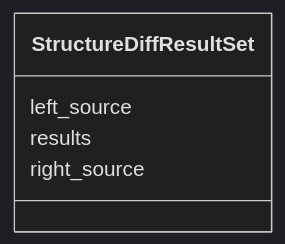
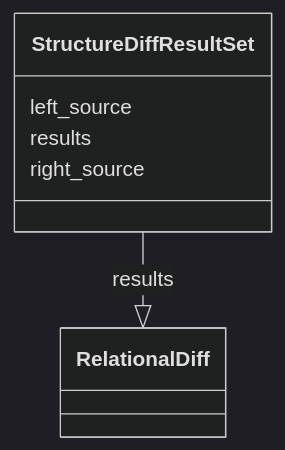
One commit to cthoyt/ontology-access-kit changed the diagram in cross-ontology-diff/StructureDiffResultSet.md. Above: the diagram before and after it, drawn with Mermaid (dark theme). The commit also changed other lines of this file and 3287 other files, not shown here.

````diff
--- a/cross-ontology-diff/StructureDiffResultSet.md
+++ b/cross-ontology-diff/StructureDiffResultSet.md
@@ -11,8 +14,13 @@
 ```{mermaid}
  classDiagram
     class StructureDiffResultSet
       StructureDiffResultSet : left_source
+        
       StructureDiffResultSet : results
+        
+          StructureDiffResultSet --|> RelationalDiff : results
+        
       StructureDiffResultSet : right_source
+        
       
 ```
````
